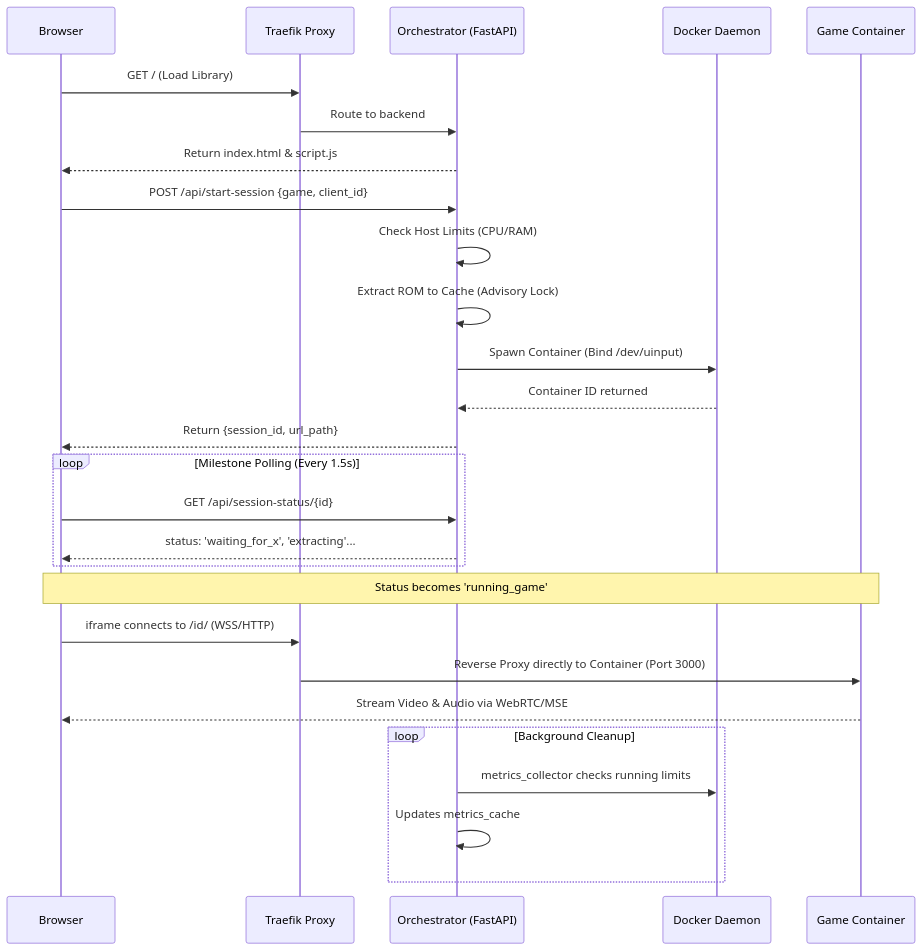
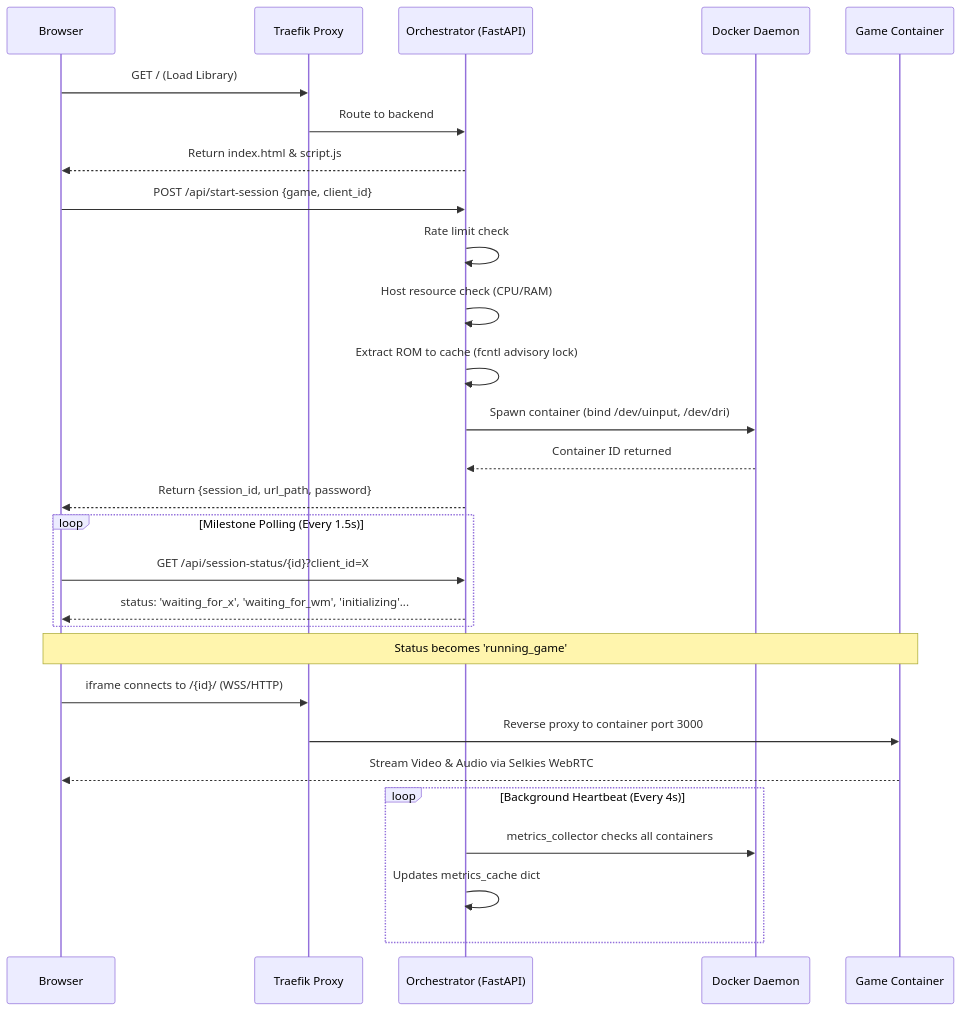
The diagram in ARCHITECTURE.md (somu1795/ps1engine), drawn with Mermaid before and after one commit. The commit also changed other lines of this file and 9 other files, not shown here.

````diff
--- a/ARCHITECTURE.md
+++ b/ARCHITECTURE.md
@@ -92,35 +137,36 @@
 ```mermaid
 sequenceDiagram
     participant Browser
     participant Traefik as Traefik Proxy
     participant API as Orchestrator (FastAPI)
     participant Docker as Docker Daemon
     participant Container as Game Container
 
     Browser->>Traefik: GET / (Load Library)
     Traefik->>API: Route to backend
     API-->>Browser: Return index.html & script.js
     
     Browser->>API: POST /api/start-session {game, client_id}
-    API->>API: Check Host Limits (CPU/RAM)
-    API->>API: Extract ROM to Cache (Advisory Lock)
-    API->>Docker: Spawn Container (Bind /dev/uinput)
+    API->>API: Rate limit check
+    API->>API: Host resource check (CPU/RAM)
+    API->>API: Extract ROM to cache (fcntl advisory lock)
+    API->>Docker: Spawn container (bind /dev/uinput, /dev/dri)
     Docker-->>API: Container ID returned
-    API-->>Browser: Return {session_id, url_path}
+    API-->>Browser: Return {session_id, url_path, password}
 
     loop Milestone Polling (Every 1.5s)
-        Browser->>API: GET /api/session-status/{id}
-        API-->>Browser: status: 'waiting_for_x', 'extracting'...
+        Browser->>API: GET /api/session-status/{id}?client_id=X
+        API-->>Browser: status: 'waiting_for_x', 'waiting_for_wm', 'initializing'...
     end
 
     Note over Browser, Container: Status becomes 'running_game'
     
-    Browser->>Traefik: iframe connects to /id/ (WSS/HTTP)
-    Traefik->>Container: Reverse Proxy directly to Container (Port 3000)
-    Container-->>Browser: Stream Video & Audio via WebRTC/MSE
+    Browser->>Traefik: iframe connects to /{id}/ (WSS/HTTP)
+    Traefik->>Container: Reverse proxy to container port 3000
+    Container-->>Browser: Stream Video & Audio via Selkies WebRTC
 
-    loop Background Cleanup
-        API->>Docker: metrics_collector checks running limits
-        API->>API: Updates metrics_cache
+    loop Background Heartbeat (Every 4s)
+        API->>Docker: metrics_collector checks all containers
+        API->>API: Updates metrics_cache dict
     end
 ```
````
